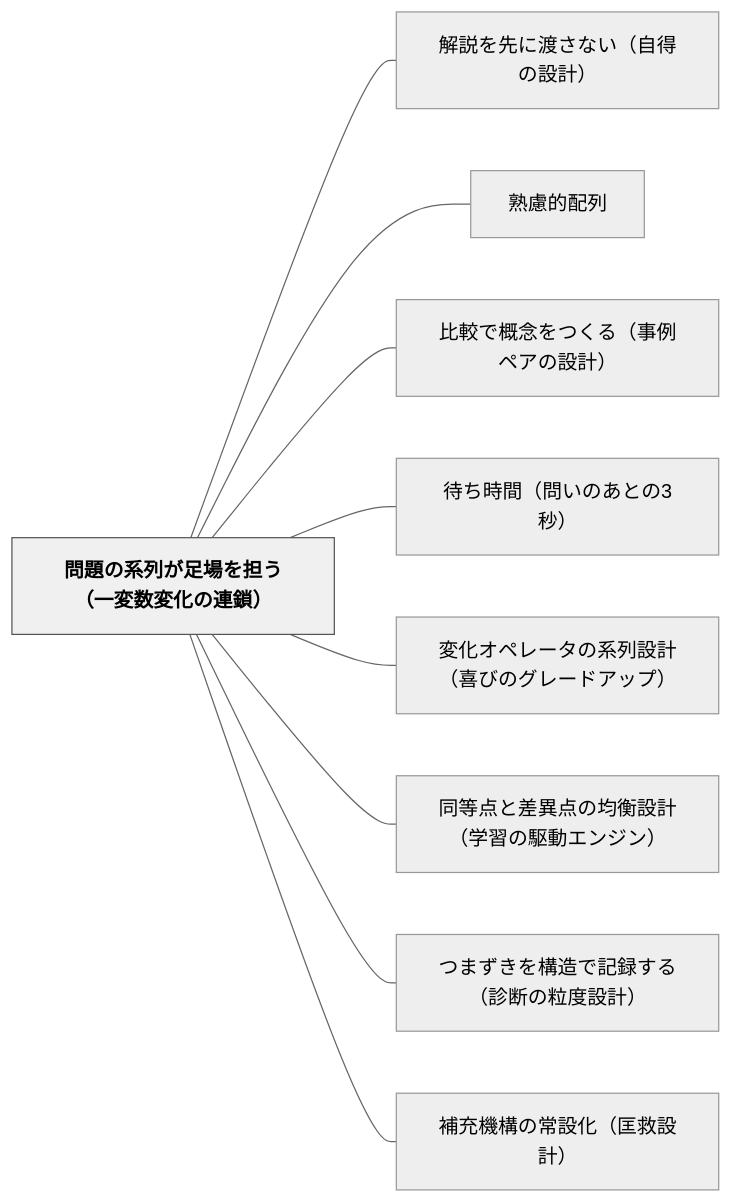
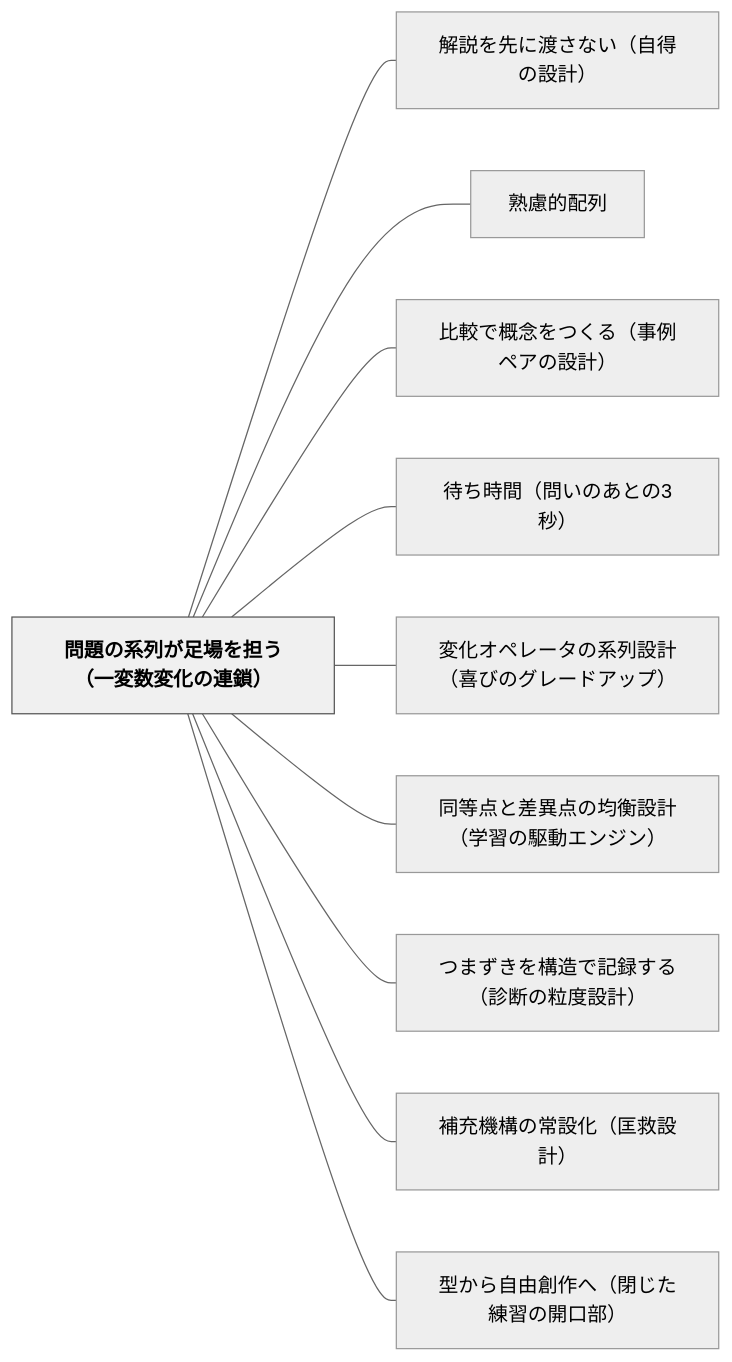
One commit to unknownthings-ed-patterns/unknownthings-ed-patterns changed the diagram in content/パタン/問題の系列が足場を担う（一変数変化の連鎖）.md. Above: the diagram before and after it, drawn with Mermaid (neutral theme). The commit also changed other lines of this file and 4 other files, not shown here.

````diff
--- a/content/パタン/問題の系列が足場を担う（一変数変化の連鎖）.md
+++ b/content/パタン/問題の系列が足場を担う（一変数変化の連鎖）.md
@@ -129,24 +130,26 @@
 ```mermaid
 flowchart LR
     ne5958fe9a18ce381aee7b3bbe58897e3818ce8b6b3e5a0b4e38292e68b85e38186efbc88e4b880e5a489e695b0e5a489e58c96e381aee980a3e98e96efbc89["問題の系列が足場を担う（一変数変化の連鎖）"]
     ne8a7a3e8aaace38292e58588e381abe6b8a1e38195e381aae38184efbc88e887aae5be97e381aee8a8ade8a888efbc89["解説を先に渡さない（自得の設計）"]
     ne7869fe685aee79a84e9858de58897["熟慮的配列"]
     ne6af94e8bc83e381a7e6a682e5bfb5e38292e381a4e3818fe3828befbc88e4ba8be4be8be3839ae382a2e381aee8a8ade8a888efbc89["比較で概念をつくる（事例ペアの設計）"]
     ne5be85e381a1e69982e99693efbc88e5958fe38184e381aee38182e381a8e381ae33e7a792efbc89["待ち時間（問いのあとの3秒）"]
     ne5a489e58c96e382aae3839ae383ace383bce382bfe381aee7b3bbe58897e8a8ade8a888efbc88e5969ce381b3e381aee382b0e383ace383bce38389e382a2e38383e38397efbc89["変化オペレータの系列設計（喜びのグレードアップ）"]
     ne5908ce7ad89e782b9e381a8e5b7aee795b0e782b9e381aee59d87e8a1a1e8a8ade8a888efbc88e5ada6e7bf92e381aee9a786e58b95e382a8e383b3e382b8e383b3efbc89["同等点と差異点の均衡設計（学習の駆動エンジン）"]
     ne381a4e381bee3819ae3818de38292e6a78be980a0e381a7e8a898e98cb2e38199e3828befbc88e8a8bae696ade381aee7b292e5baa6e8a8ade8a888efbc89["つまずきを構造で記録する（診断の粒度設計）"]
     ne8a39ce58585e6a99fe6a78be381aee5b8b8e8a8ade58c96efbc88e58ca1e69591e8a8ade8a888efbc89["補充機構の常設化（匡救設計）"]
+    ne59e8be3818be38289e887aae794b1e589b5e4bd9ce381b8efbc88e99689e38198e3819fe7b7b4e7bf92e381aee9968be58fa3e983a8efbc89["型から自由創作へ（閉じた練習の開口部）"]
 
     ne5958fe9a18ce381aee7b3bbe58897e3818ce8b6b3e5a0b4e38292e68b85e38186efbc88e4b880e5a489e695b0e5a489e58c96e381aee980a3e98e96efbc89 --- ne8a7a3e8aaace38292e58588e381abe6b8a1e38195e381aae38184efbc88e887aae5be97e381aee8a8ade8a888efbc89
     ne5958fe9a18ce381aee7b3bbe58897e3818ce8b6b3e5a0b4e38292e68b85e38186efbc88e4b880e5a489e695b0e5a489e58c96e381aee980a3e98e96efbc89 --- ne7869fe685aee79a84e9858de58897
     ne5958fe9a18ce381aee7b3bbe58897e3818ce8b6b3e5a0b4e38292e68b85e38186efbc88e4b880e5a489e695b0e5a489e58c96e381aee980a3e98e96efbc89 --- ne6af94e8bc83e381a7e6a682e5bfb5e38292e381a4e3818fe3828befbc88e4ba8be4be8be3839ae382a2e381aee8a8ade8a888efbc89
     ne5958fe9a18ce381aee7b3bbe58897e3818ce8b6b3e5a0b4e38292e68b85e38186efbc88e4b880e5a489e695b0e5a489e58c96e381aee980a3e98e96efbc89 --- ne5be85e381a1e69982e99693efbc88e5958fe38184e381aee38182e381a8e381ae33e7a792efbc89
     ne5958fe9a18ce381aee7b3bbe58897e3818ce8b6b3e5a0b4e38292e68b85e38186efbc88e4b880e5a489e695b0e5a489e58c96e381aee980a3e98e96efbc89 --- ne5a489e58c96e382aae3839ae383ace383bce382bfe381aee7b3bbe58897e8a8ade8a888efbc88e5969ce381b3e381aee382b0e383ace383bce38389e382a2e38383e38397efbc89
     ne5958fe9a18ce381aee7b3bbe58897e3818ce8b6b3e5a0b4e38292e68b85e38186efbc88e4b880e5a489e695b0e5a489e58c96e381aee980a3e98e96efbc89 --- ne5908ce7ad89e782b9e381a8e5b7aee795b0e782b9e381aee59d87e8a1a1e8a8ade8a888efbc88e5ada6e7bf92e381aee9a786e58b95e382a8e383b3e382b8e383b3efbc89
     ne5958fe9a18ce381aee7b3bbe58897e3818ce8b6b3e5a0b4e38292e68b85e38186efbc88e4b880e5a489e695b0e5a489e58c96e381aee980a3e98e96efbc89 --- ne381a4e381bee3819ae3818de38292e6a78be980a0e381a7e8a898e98cb2e38199e3828befbc88e8a8bae696ade381aee7b292e5baa6e8a8ade8a888efbc89
     ne5958fe9a18ce381aee7b3bbe58897e3818ce8b6b3e5a0b4e38292e68b85e38186efbc88e4b880e5a489e695b0e5a489e58c96e381aee980a3e98e96efbc89 --- ne8a39ce58585e6a99fe6a78be381aee5b8b8e8a8ade58c96efbc88e58ca1e69591e8a8ade8a888efbc89
+    ne5958fe9a18ce381aee7b3bbe58897e3818ce8b6b3e5a0b4e38292e68b85e38186efbc88e4b880e5a489e695b0e5a489e58c96e381aee980a3e98e96efbc89 --- ne59e8be3818be38289e887aae794b1e589b5e4bd9ce381b8efbc88e99689e38198e3819fe7b7b4e7bf92e381aee9968be58fa3e983a8efbc89
 
     classDef hub fill:#f0f0f0,stroke:#555,color:#000,font-weight:bold
     class ne5958fe9a18ce381aee7b3bbe58897e3818ce8b6b3e5a0b4e38292e68b85e38186efbc88e4b880e5a489e695b0e5a489e58c96e381aee980a3e98e96efbc89 hub
 ```
````
